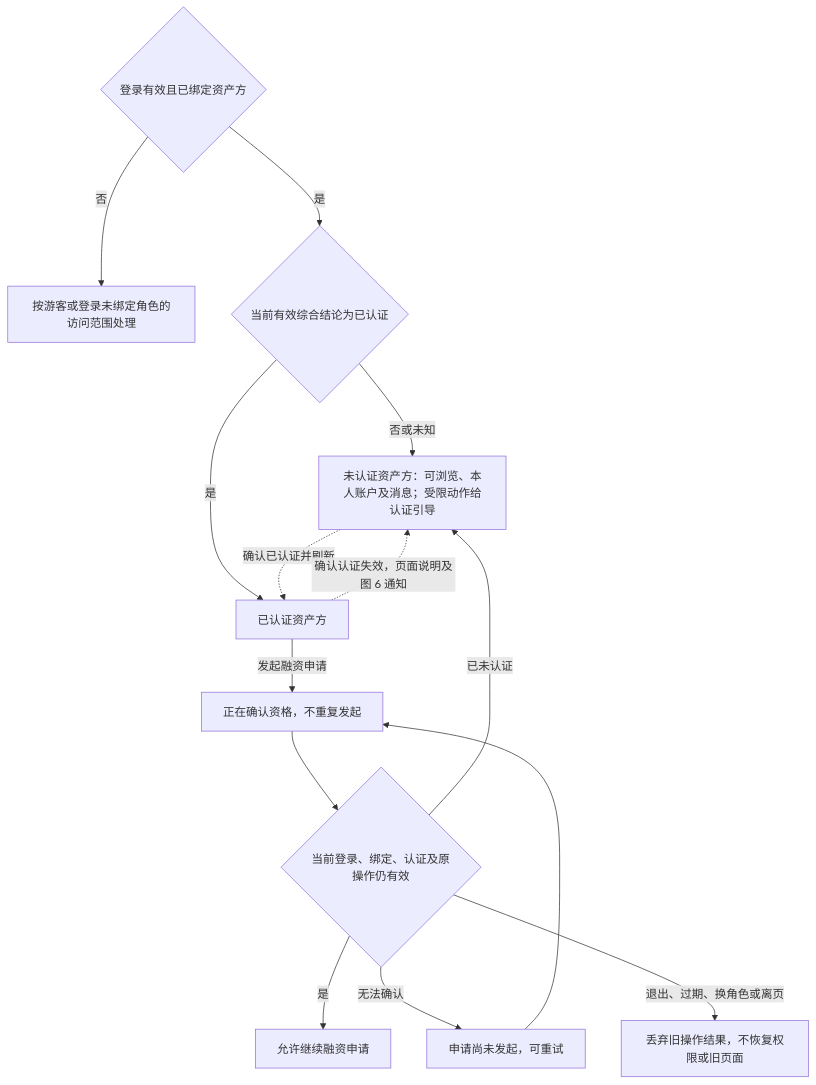
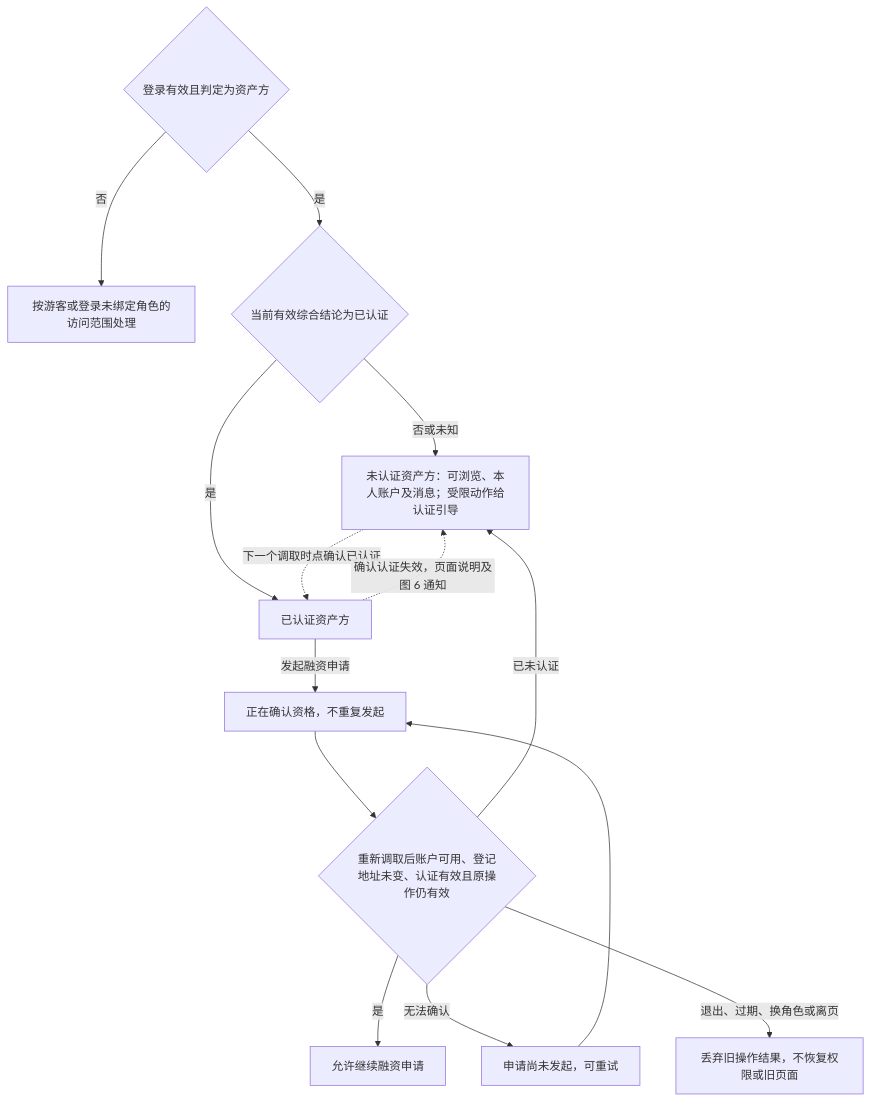
One commit to wxblockchain/Chain-Financing changed the fourth of 7 diagrams in lending-platform/PRD/面客端/01-登录主干与资产方SSO接入/02-登录主干与资产方SSO接入-流程图与状态机.md. Above: the diagram before and after it, drawn with Mermaid. The commit also changed other lines of this file and 11 other files, not shown here.

````diff
--- a/lending-platform/PRD/面客端/01-登录主干与资产方SSO接入/02-登录主干与资产方SSO接入-流程图与状态机.md
+++ b/lending-platform/PRD/面客端/01-登录主干与资产方SSO接入/02-登录主干与资产方SSO接入-流程图与状态机.md
@@ -95,16 +94,16 @@
 ```mermaid
 flowchart TD
-    S{"登录有效且已绑定资产方"} -->|否| OUT["按游客或登录未绑定角色的访问范围处理"]
+    S{"登录有效且判定为资产方"} -->|否| OUT["按游客或登录未绑定角色的访问范围处理"]
     S -->|是| V{"当前有效综合结论为已认证"}
     V -->|否或未知| UNVERIFIED["未认证资产方：可浏览、本人账户及消息；受限动作给认证引导"]
     V -->|是| VERIFIED["已认证资产方"]
-    UNVERIFIED -.->|确认已认证并刷新| VERIFIED
+    UNVERIFIED -.->|下一个调取时点确认已认证| VERIFIED
     VERIFIED -.->|确认认证失效，页面说明及图 6 通知| UNVERIFIED
     VERIFIED -->|发起融资申请| WAIT["正在确认资格，不重复发起"]
-    WAIT --> CHECK{"当前登录、绑定、认证及原操作仍有效"}
+    WAIT --> CHECK{"重新调取后账户可用、登记地址未变、认证有效且原操作仍有效"}
     CHECK -->|是| GO["允许继续融资申请"]
     CHECK -->|已未认证| UNVERIFIED
     CHECK -->|无法确认| RETRY["申请尚未发起，可重试"]
     RETRY --> WAIT
     CHECK -->|退出、过期、换角色或离页| STOP["丢弃旧操作结果，不恢复权限或旧页面"]
 ```
````
